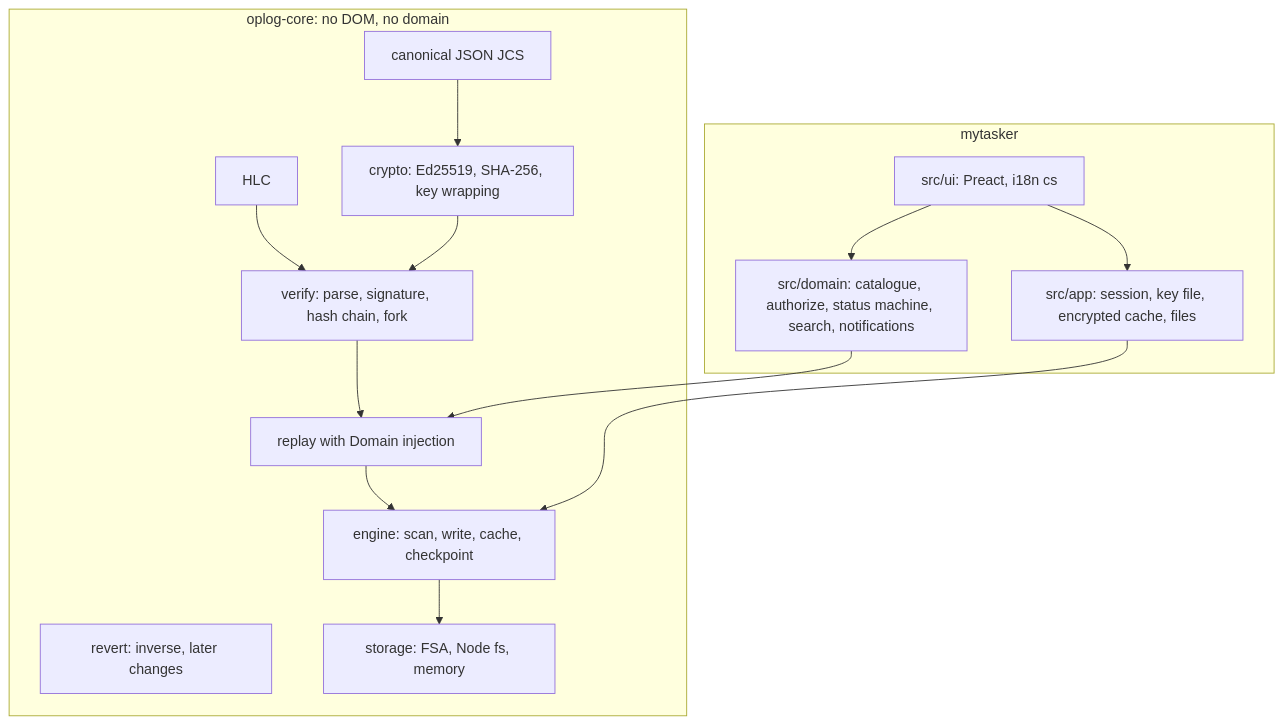
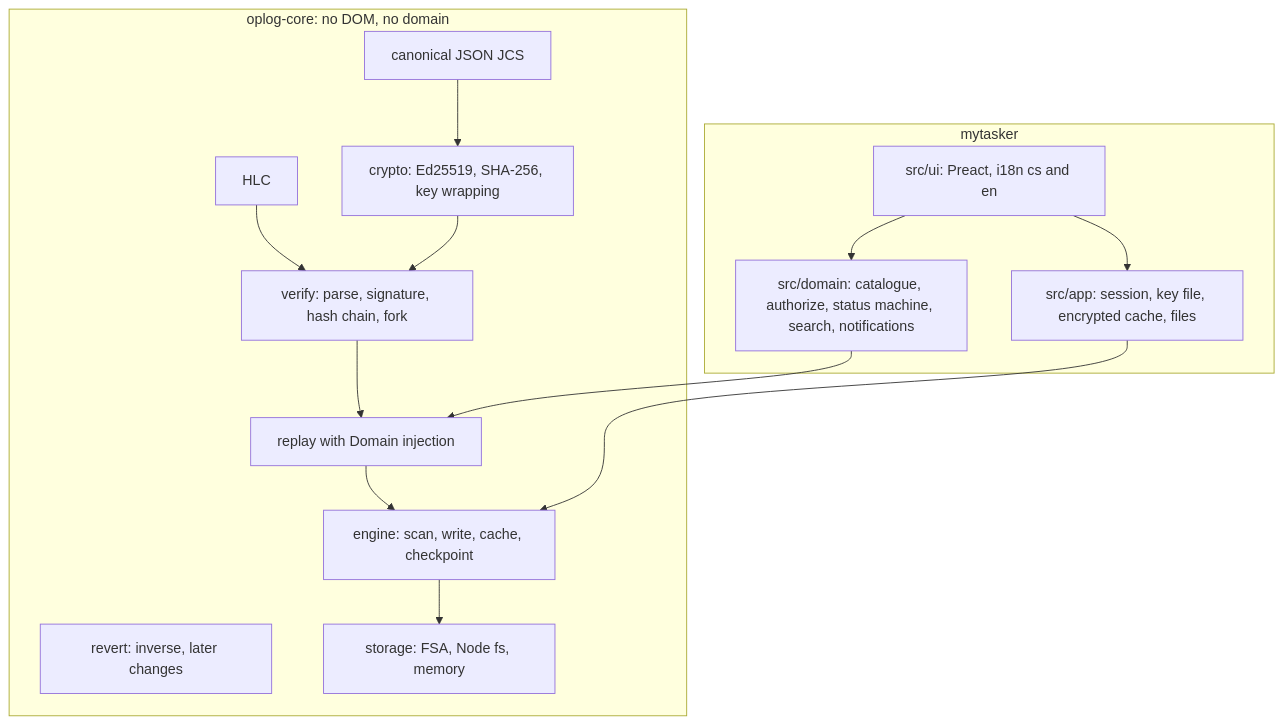
One commit to lczerner/mytasker changed the second of 5 diagrams in docs/architecture.md. Above: the diagram before and after it, drawn with Mermaid. The commit also changed other lines of this file and 20 other files, not shown here.

````diff
--- a/docs/architecture.md
+++ b/docs/architecture.md
@@ -30,19 +30,19 @@
 ```mermaid
 flowchart TB
   subgraph core[oplog-core: no DOM, no domain]
     canon[canonical JSON JCS] --> crypto[crypto: Ed25519, SHA-256, key wrapping]
     hlc[HLC] --> verify[verify: parse, signature, hash chain, fork]
     crypto --> verify
     verify --> replay[replay with Domain injection]
     replay --> engine[engine: scan, write, cache, checkpoint]
     revert[revert: inverse, later changes]
     storage[storage: FSA, Node fs, memory]
     engine --> storage
   end
   subgraph app[mytasker]
     domain[src/domain: catalogue, authorize, status machine, search, notifications] --> replay
     appsvc[src/app: session, key file, encrypted cache, files] --> engine
-    ui[src/ui: Preact, i18n cs] --> appsvc
+    ui[src/ui: Preact, i18n cs and en] --> appsvc
     ui --> domain
   end
 ```
````
